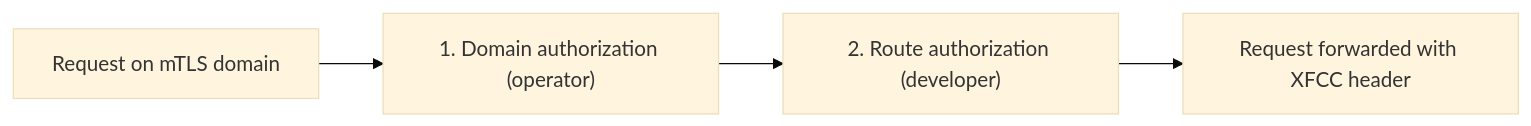
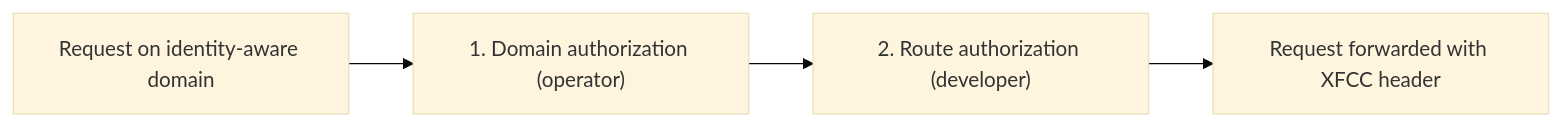
One commit to cloudfoundry/community changed the second of 2 diagrams in toc/rfc/rfc-draft-domain-scoped-mtls-gorouter.md. Above: the diagram before and after it, drawn with Mermaid (base theme). The commit also changed other lines of this file, not shown here.

````diff
--- a/toc/rfc/rfc-draft-domain-scoped-mtls-gorouter.md
+++ b/toc/rfc/rfc-draft-domain-scoped-mtls-gorouter.md
@@ -181,6 +167,6 @@
 ```mermaid
 flowchart LR
-    A[Request on mTLS domain] --> B["1. Domain authorization (operator)"]
+    A[Request on identity-aware domain] --> B["1. Domain authorization (operator)"]
     B --> C["2. Route authorization (developer)"]
     C --> D[Request forwarded with XFCC header]
 ```
````
